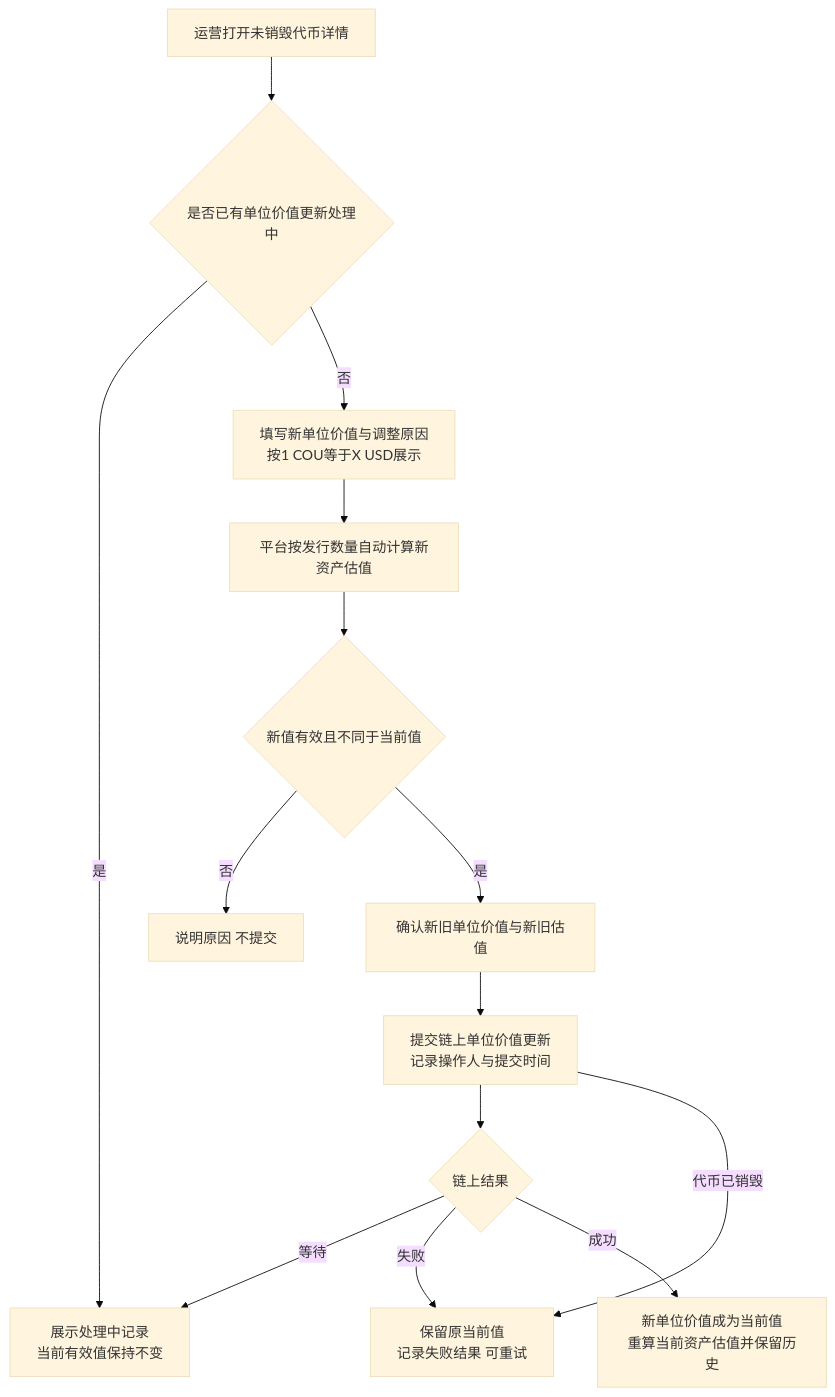
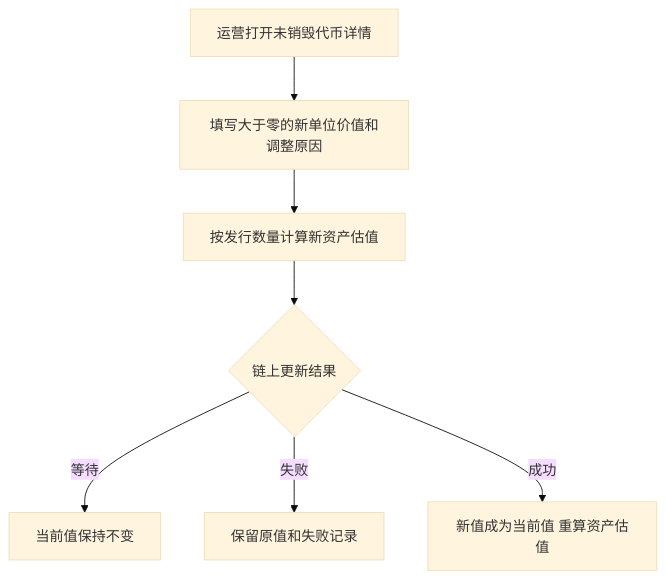
Before and after one commit to wxblockchain/Chain-Financing: the fifth of 5 diagrams in token-issuance-platform/PRD/管理端/M4b-销毁审核与解除质押/02-销毁审核与解除质押-流程图与状态机.md, drawn with Mermaid (base theme). The commit also changed other lines of this file and 16 other files, not shown here.

````diff
--- a/token-issuance-platform/PRD/管理端/M4b-销毁审核与解除质押/02-销毁审核与解除质押-流程图与状态机.md
+++ b/token-issuance-platform/PRD/管理端/M4b-销毁审核与解除质押/02-销毁审核与解除质押-流程图与状态机.md
@@ -136,16 +102,9 @@
 ```mermaid
 flowchart TD
-    A[运营打开未销毁代币详情] --> B{是否已有单位价值更新处理中}
-    B -->|是| C[展示处理中记录<br/>当前有效值保持不变]
-    B -->|否| D[填写新单位价值与调整原因<br/>按1 COU等于X USD展示]
-    D --> E[平台按发行数量自动计算新资产估值]
-    E --> F{新值有效且不同于当前值}
-    F -->|否| G[说明原因 不提交]
-    F -->|是| H[确认新旧单位价值与新旧估值]
-    H --> I[提交链上单位价值更新<br/>记录操作人与提交时间]
-    I --> J{链上结果}
-    J -->|等待| C
-    J -->|失败| K[保留原当前值<br/>记录失败结果 可重试]
-    J -->|成功| L[新单位价值成为当前值<br/>重算当前资产估值并保留历史]
-    I -->|代币已销毁| K
+    A[运营打开未销毁代币详情] --> B[填写大于零的新单位价值和调整原因]
+    B --> C[按发行数量计算新资产估值]
+    C --> D{链上更新结果}
+    D -->|等待| E[当前值保持不变]
+    D -->|失败| F[保留原值和失败记录]
+    D -->|成功| G[新值成为当前值 重算资产估值]
 ```
````
